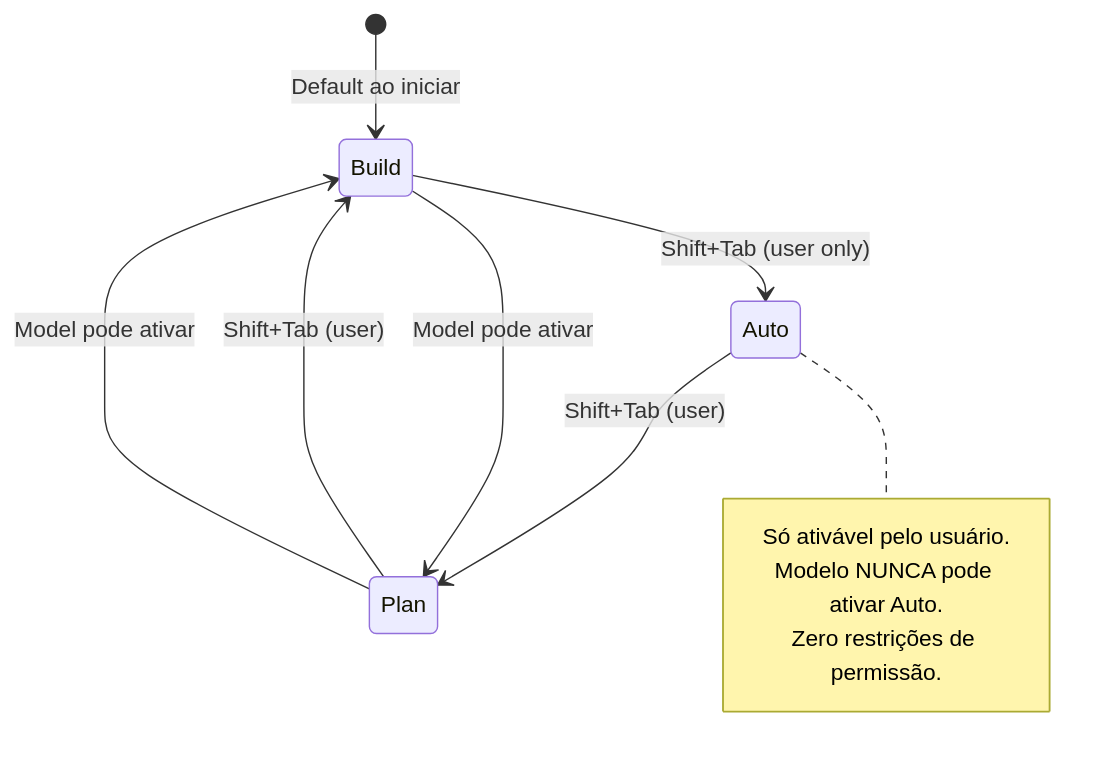
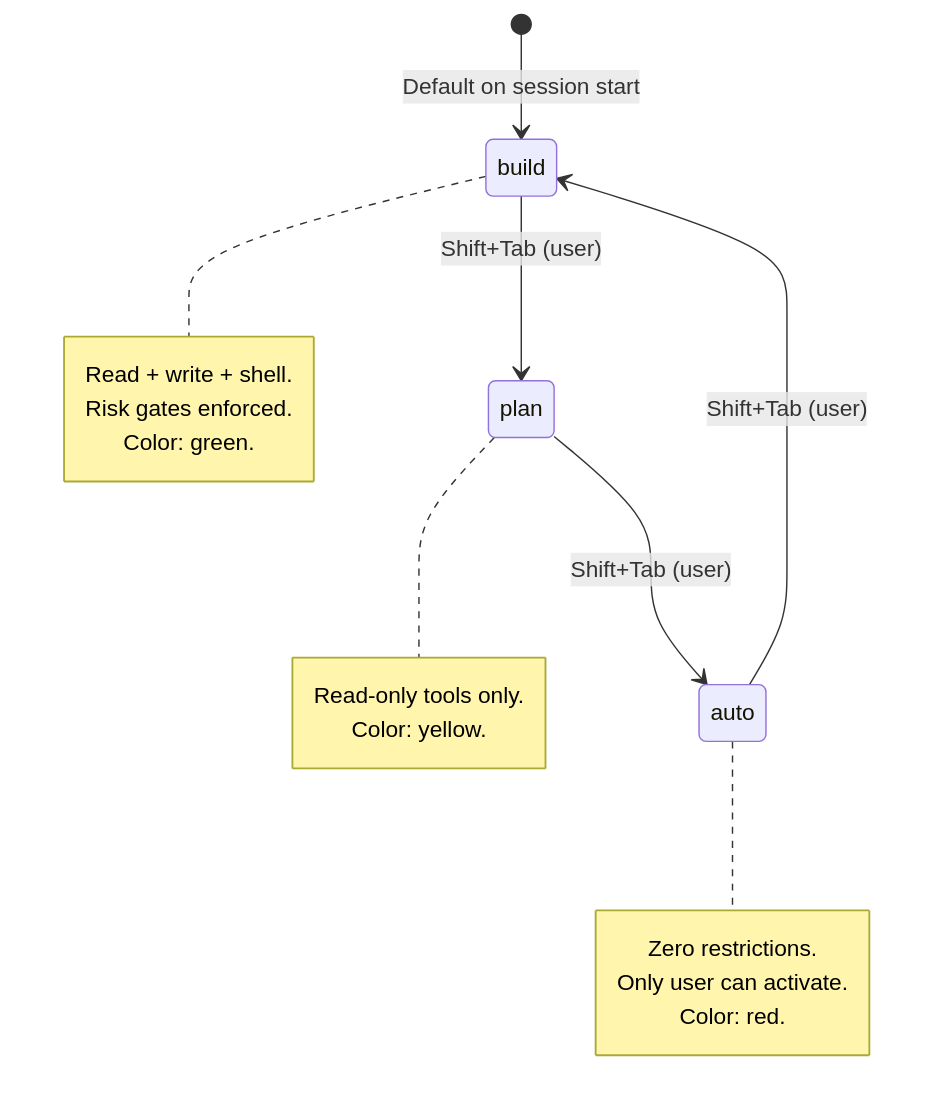
One commit to Hermenics/deepseek-code changed the first of 8 diagrams in _reversa_sdd/state-machines.md. Above: the diagram before and after it, drawn with Mermaid. The commit also changed other lines of this file and 75 other files, not shown here.

First line of the commit message:
docs(sdd): translate ADRs and architecture docs to English, reorganize proxy module

````diff
--- a/_reversa_sdd/state-machines.md
+++ b/_reversa_sdd/state-machines.md
@@ -12,17 +10,25 @@
 ```mermaid
 stateDiagram-v2
-    [*] --> Build : Default ao iniciar
+    [*] --> build : Default on session start
 
-    Plan --> Build : Shift+Tab (user)
-    Build --> Auto : Shift+Tab (user only)
-    Auto --> Plan : Shift+Tab (user)
+    build --> plan : Shift+Tab (user)
+    plan --> auto : Shift+Tab (user)
+    auto --> build : Shift+Tab (user)
 
-    Plan --> Build : Model pode ativar
-    Build --> Plan : Model pode ativar
+    note right of plan
+        Read-only tools only.
+        Color: yellow.
+    end note
 
-    note right of Auto
-        Só ativável pelo usuário.
-        Modelo NUNCA pode ativar Auto.
-        Zero restrições de permissão.
+    note right of build
+        Read + write + shell.
+        Risk gates enforced.
+        Color: green.
+    end note
+
+    note right of auto
+        Zero restrictions.
+        Only user can activate.
+        Color: red.
     end note
 ```
````
